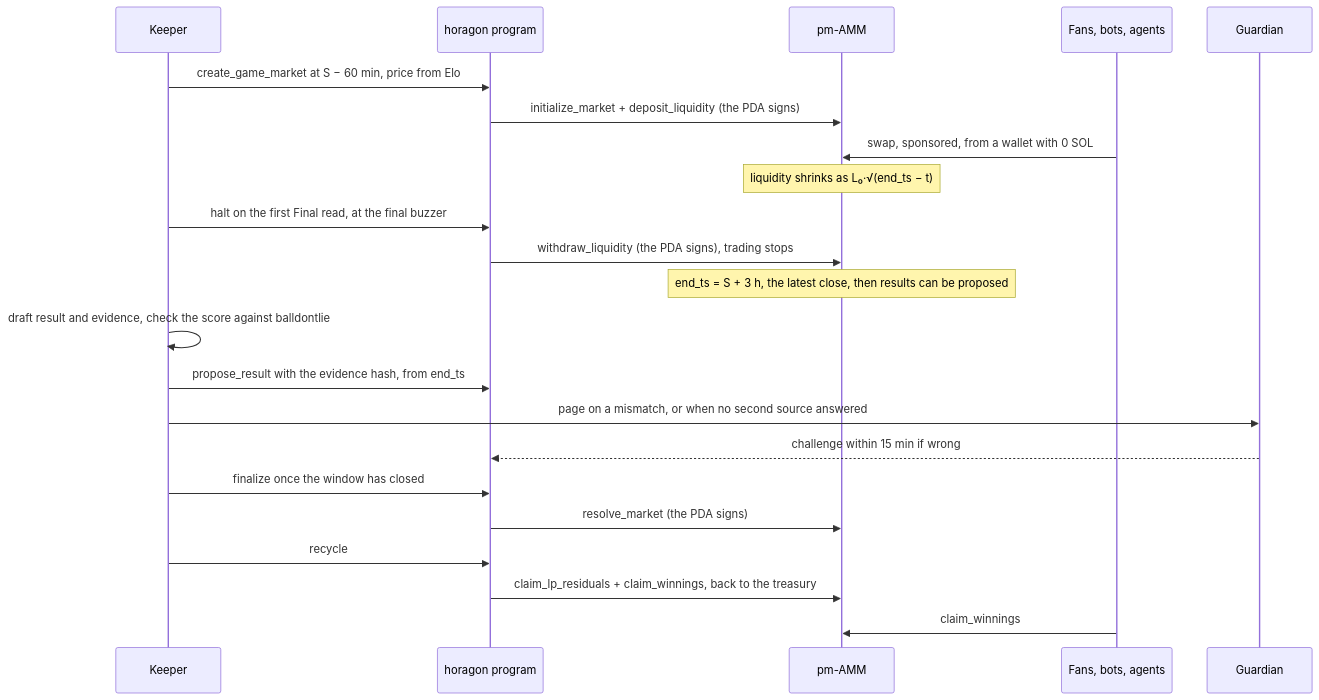
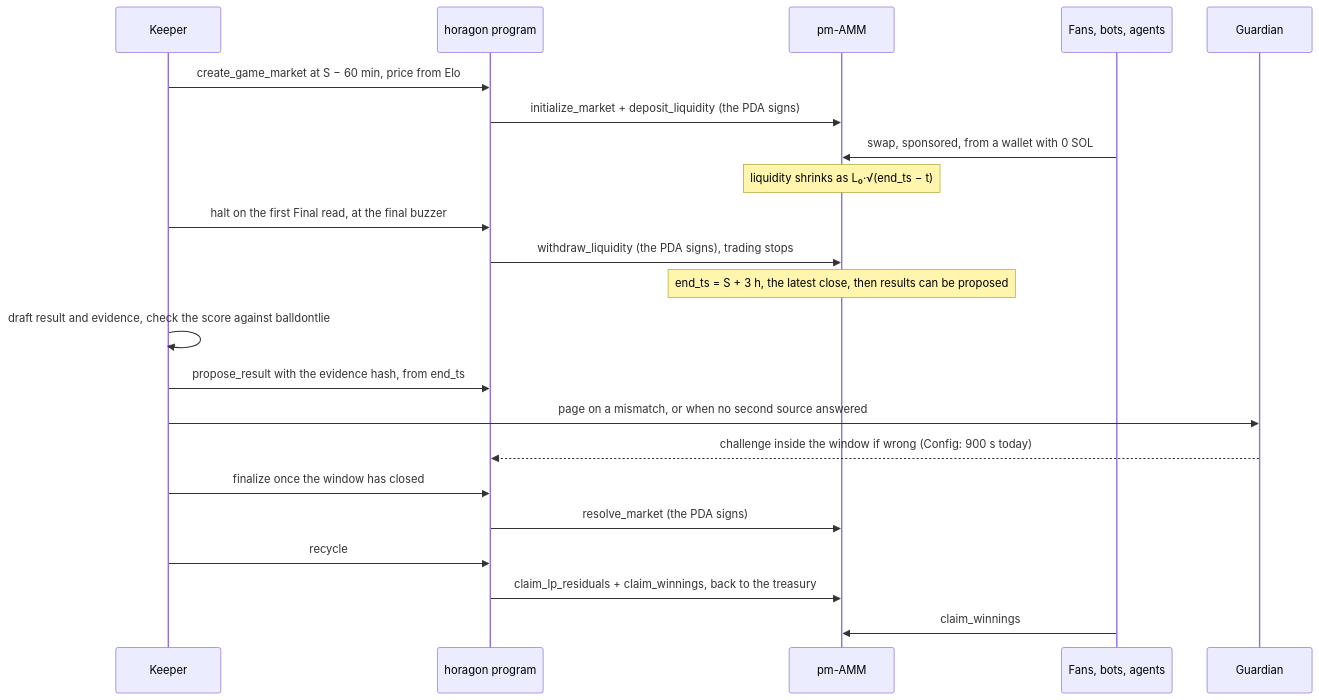
Before and after one commit to horagon-labs/horagon: the diagram in README.md, drawn with Mermaid. The commit also changed other lines of this file and 6 other files, not shown here.

````diff
--- a/README.md
+++ b/README.md
@@ -310,24 +315,24 @@
 ```mermaid
 sequenceDiagram
     participant K as Keeper
     participant H as horagon program
     participant P as pm-AMM
     participant F as Fans, bots, agents
     participant G as Guardian
     K->>H: create_game_market at S − 60 min, price from Elo
     H->>P: initialize_market + deposit_liquidity (the PDA signs)
     F->>P: swap, sponsored, from a wallet with 0 SOL
     Note over P: liquidity shrinks as L₀·√(end_ts − t)
     K->>H: halt on the first Final read, at the final buzzer
     H->>P: withdraw_liquidity (the PDA signs), trading stops
     Note over P: end_ts = S + 3 h, the latest close, then results can be proposed
     K->>K: draft result and evidence, check the score against balldontlie
     K->>H: propose_result with the evidence hash, from end_ts
     K->>G: page on a mismatch, or when no second source answered
-    G-->>H: challenge within 15 min if wrong
+    G-->>H: challenge inside the window if wrong (Config: 900 s today)
     K->>H: finalize once the window has closed
     H->>P: resolve_market (the PDA signs)
     K->>H: recycle
     H->>P: claim_lp_residuals + claim_winnings, back to the treasury
     F->>P: claim_winnings
 ```
````
